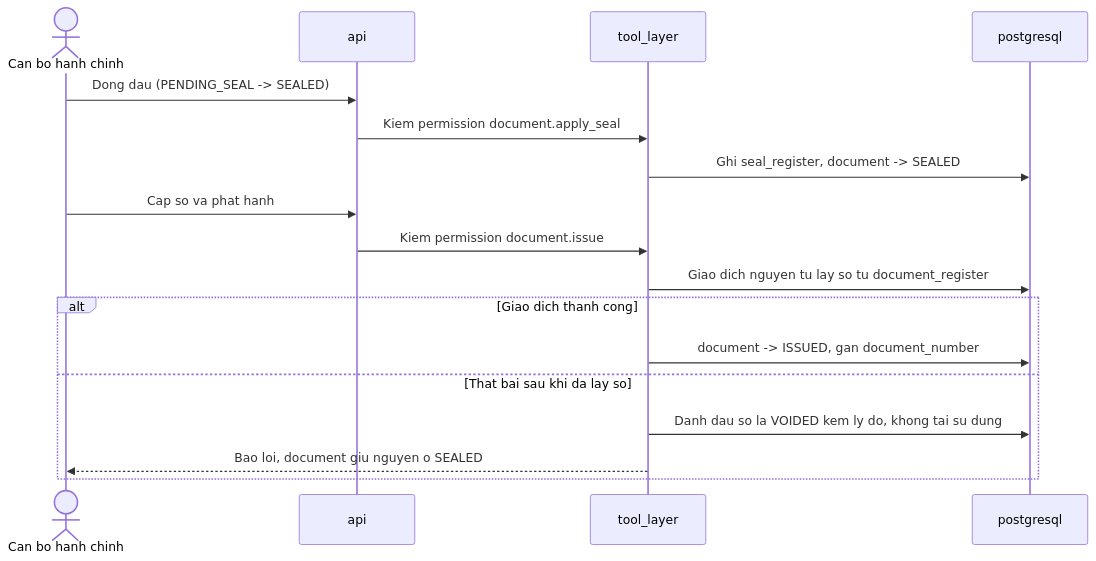
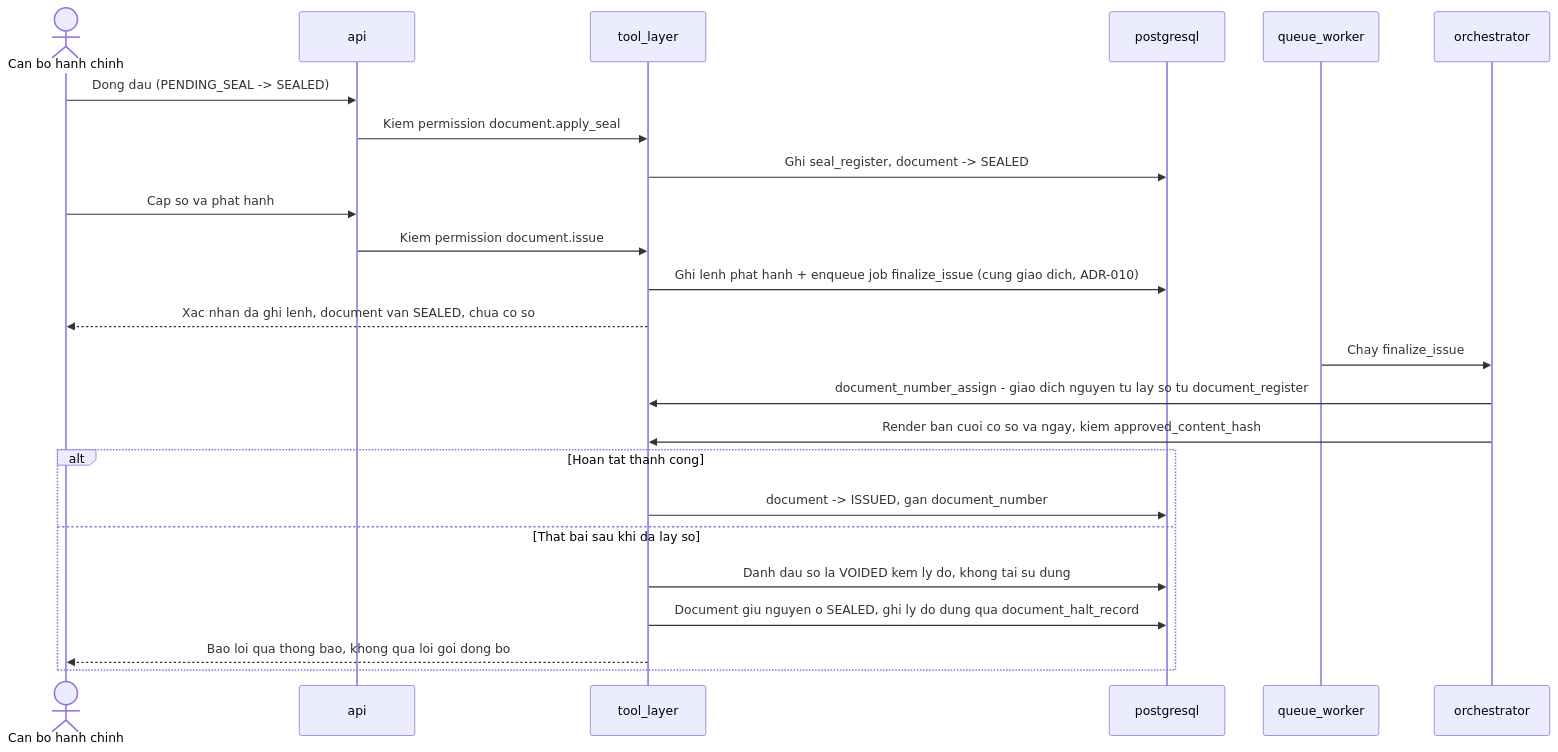
One commit to CongDuc02/AdminServiceDeskAgent changed the ninth of 11 diagrams in docs/design/02-architecture.md. Above: the diagram before and after it, drawn with Mermaid. The commit also changed other lines of this file and 9 other files, not shown here.

Commit message:
Phase 3: Agent & Tool Architecture

````diff
--- a/docs/design/02-architecture.md
+++ b/docs/design/02-architecture.md
@@ -405,20 +409,27 @@
 ```mermaid
 sequenceDiagram
     actor CB as Can bo hanh chinh
     participant API as api
     participant TL as tool_layer
     participant DB as postgresql
+    participant Worker as queue_worker
+    participant ORC as orchestrator
 
     CB->>API: Dong dau (PENDING_SEAL -> SEALED)
     API->>TL: Kiem permission document.apply_seal
     TL->>DB: Ghi seal_register, document -> SEALED
     CB->>API: Cap so va phat hanh
     API->>TL: Kiem permission document.issue
-    TL->>DB: Giao dich nguyen tu lay so tu document_register
-    alt Giao dich thanh cong
+    TL->>DB: Ghi lenh phat hanh + enqueue job finalize_issue (cung giao dich, ADR-010)
+    TL-->>CB: Xac nhan da ghi lenh, document van SEALED, chua co so
+    Worker->>ORC: Chay finalize_issue
+    ORC->>TL: document_number_assign - giao dich nguyen tu lay so tu document_register
+    ORC->>TL: Render ban cuoi co so va ngay, kiem approved_content_hash
+    alt Hoan tat thanh cong
         TL->>DB: document -> ISSUED, gan document_number
     else That bai sau khi da lay so
         TL->>DB: Danh dau so la VOIDED kem ly do, khong tai su dung
-        TL-->>CB: Bao loi, document giu nguyen o SEALED
+        TL->>DB: Document giu nguyen o SEALED, ghi ly do dung qua document_halt_record
+        TL-->>CB: Bao loi qua thong bao, khong qua loi goi dong bo
     end
 ```
````
